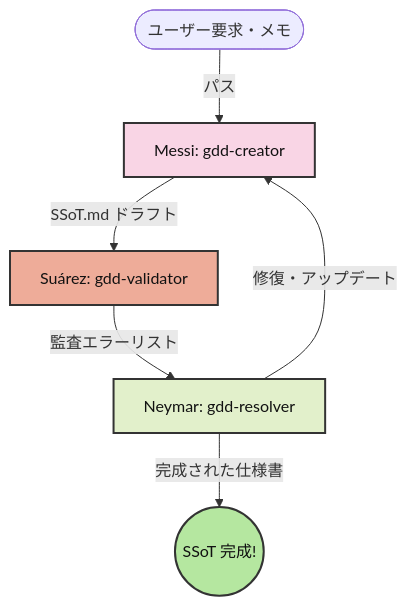
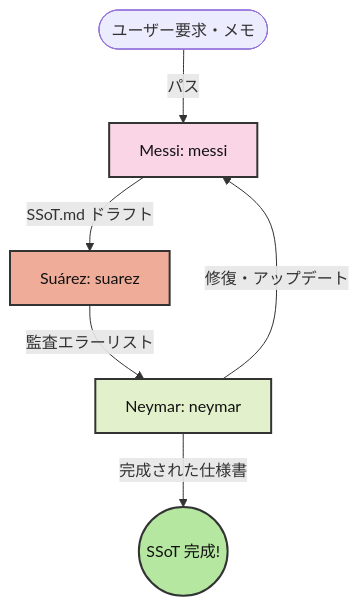
The first of 2 diagrams in README.md (sawadeeeeen/msn-spec), drawn with Mermaid before and after one commit. The commit also changed other lines of this file and 5 other files, not shown here.

Commit message:
refactor(msn-spec): rename skills to messi, suarez, and neymar for better UX and faster autocomplete

````diff
--- a/README.md
+++ b/README.md
@@ -11,13 +11,13 @@
 ```mermaid
 graph TD
-    User([ユーザー要求・メモ]) -->|パス| Messi[Messi: gdd-creator]
-    Messi -->|SSoT.md ドラフト| Suarez[Suárez: gdd-validator]
-    Suarez -->|監査エラーリスト| Neymar[Neymar: gdd-resolver]
+    User([ユーザー要求・メモ]) -->|パス| Messi[Messi: messi]
+    Messi -->|SSoT.md ドラフト| Suarez[Suárez: suarez]
+    Suarez -->|監査エラーリスト| Neymar[Neymar: neymar]
     Neymar -->|修復・アップデート| Messi
     Neymar -->|完成された仕様書| Goal((SSoT 完成!))
 
     style Messi fill:#f9d5e5,stroke:#333,stroke-width:2px,color:#111
     style Suarez fill:#eeac99,stroke:#333,stroke-width:2px,color:#111
     style Neymar fill:#e2f0cb,stroke:#333,stroke-width:2px,color:#111
     style Goal fill:#b5e7a0,stroke:#333,stroke-width:2px,color:#111
 ```
````
